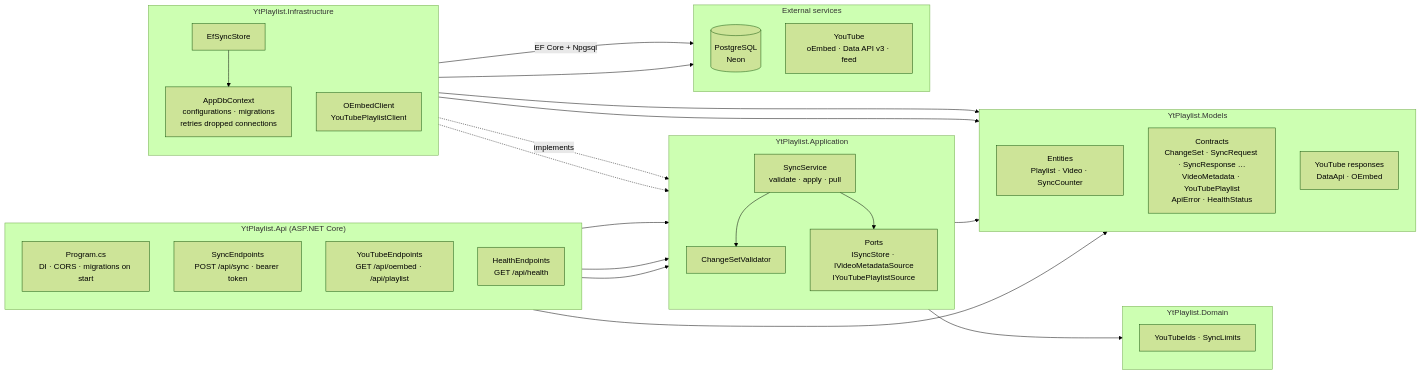
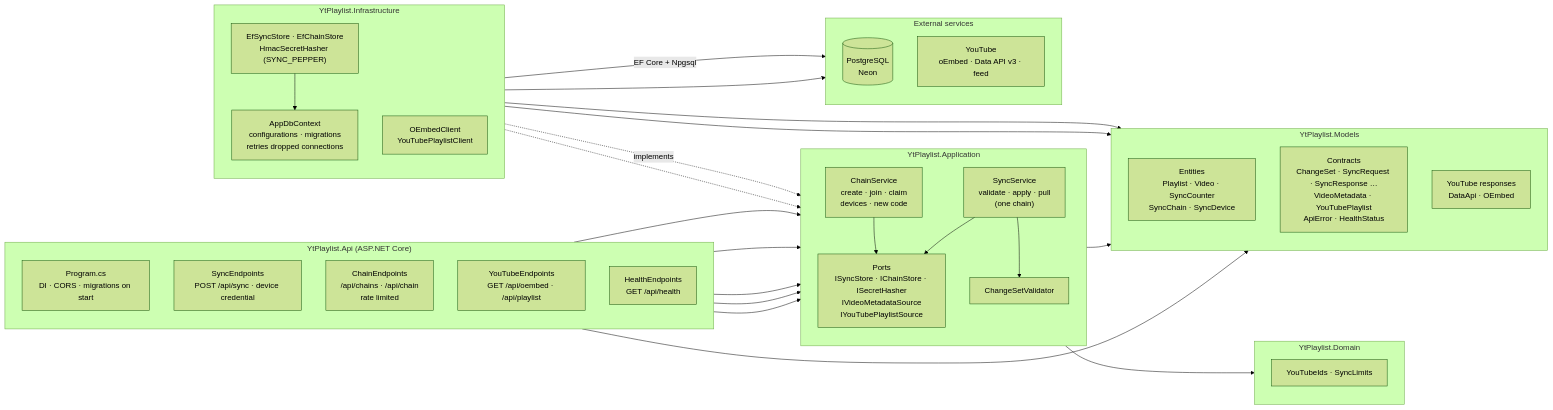
The second of 3 diagrams in docs/architecture.md (jestra52/yt-playlist-manager), drawn with Mermaid (forest theme) before and after one commit. The commit also changed other lines of this file and 59 other files, not shown here.

First line of the commit message:
Sync chains: one library per chain, joined with a 24-word code

````diff
--- a/docs/architecture.md
+++ b/docs/architecture.md
@@ -79,57 +79,61 @@
 ```mermaid
 flowchart LR
     subgraph apiProject["YtPlaylist.Api (ASP.NET Core)"]
         direction TB
         program["Program.cs<br/>DI · CORS · migrations on start"]
-        syncEp["SyncEndpoints<br/>POST /api/sync · bearer token"]
+        syncEp["SyncEndpoints<br/>POST /api/sync · device credential"]
+        chainEp["ChainEndpoints<br/>/api/chains · /api/chain<br/>rate limited"]
         ytEp["YouTubeEndpoints<br/>GET /api/oembed · /api/playlist"]
         healthEp["HealthEndpoints<br/>GET /api/health"]
     end
 
     subgraph application["YtPlaylist.Application"]
         direction TB
-        syncSvc["SyncService<br/>validate · apply · pull"]
+        syncSvc["SyncService<br/>validate · apply · pull<br/>(one chain)"]
+        chainSvc["ChainService<br/>create · join · claim<br/>devices · new code"]
         validator["ChangeSetValidator"]
-        ports["Ports<br/>ISyncStore · IVideoMetadataSource<br/>IYouTubePlaylistSource"]
+        ports["Ports<br/>ISyncStore · IChainStore · ISecretHasher<br/>IVideoMetadataSource<br/>IYouTubePlaylistSource"]
     end
 
     subgraph domain["YtPlaylist.Domain"]
         direction TB
         rules["YouTubeIds · SyncLimits"]
     end
 
     subgraph models["YtPlaylist.Models"]
         direction TB
-        entities["Entities<br/>Playlist · Video · SyncCounter"]
+        entities["Entities<br/>Playlist · Video · SyncCounter<br/>SyncChain · SyncDevice"]
         contracts["Contracts<br/>ChangeSet · SyncRequest · SyncResponse …<br/>VideoMetadata · YouTubePlaylist<br/>ApiError · HealthStatus"]
         youtubeDtos["YouTube responses<br/>DataApi · OEmbed"]
     end
 
     subgraph infrastructure["YtPlaylist.Infrastructure"]
         direction TB
-        store["EfSyncStore"]
+        store["EfSyncStore · EfChainStore<br/>HmacSecretHasher (SYNC_PEPPER)"]
         dbContext["AppDbContext<br/>configurations · migrations<br/>retries dropped connections"]
         clients["OEmbedClient<br/>YouTubePlaylistClient"]
         store --> dbContext
     end
 
     syncEp --> syncSvc
+    syncEp & chainEp --> chainSvc
+    chainSvc --> ports
     syncSvc --> validator & ports
     ytEp --> ports
     healthEp --> syncSvc
     store -. "implements" .-> ports
     clients -.-> ports
     validator --> rules
     dbContext --> entities
     syncEp & ports --> contracts
     clients --> youtubeDtos
 
     subgraph external["External services"]
         direction TB
         postgres[("PostgreSQL<br/>Neon")]
         yt["YouTube<br/>oEmbed · Data API v3 · feed"]
     end
 
     dbContext -- "EF Core + Npgsql" --> postgres
     clients --> yt
 ```
````
